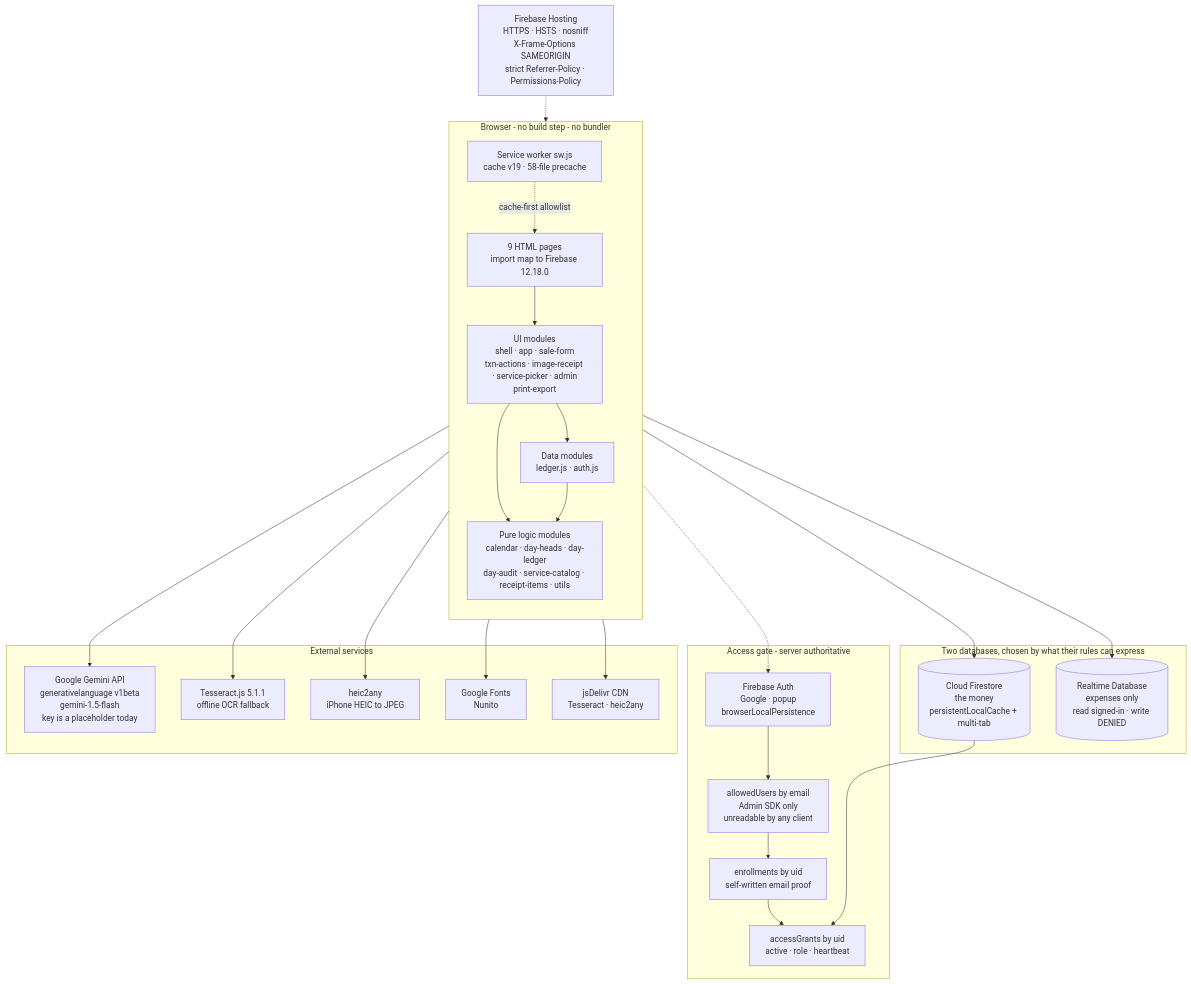
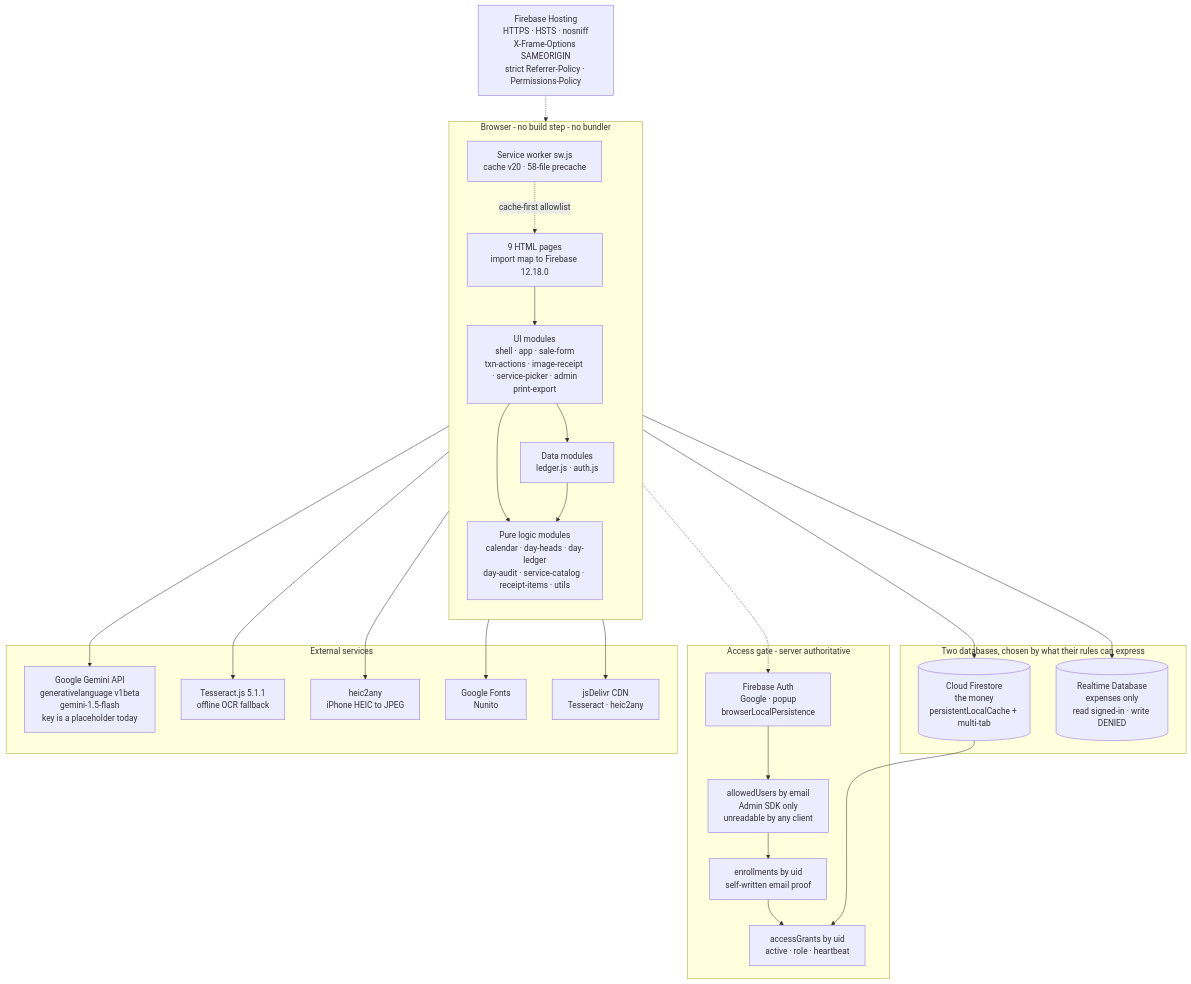
Before and after one commit to arshinmrelju/leadger: the sixth of 7 diagrams in README.md, drawn with Mermaid. The commit also changed other lines of this file and 15 other files, not shown here.

````diff
--- a/README.md
+++ b/README.md
@@ -842,50 +842,50 @@
 ```mermaid
 flowchart TD
     subgraph CLIENT["Browser - no build step - no bundler"]
         direction TB
         HTML["9 HTML pages<br/>import map to Firebase 12.18.0"]
         PURE["Pure logic modules<br/>calendar · day-heads · day-ledger<br/>day-audit · service-catalog · receipt-items · utils"]
         UI["UI modules<br/>shell · app · sale-form<br/>txn-actions · image-receipt · service-picker · admin<br/>print-export"]
         IO["Data modules<br/>ledger.js · auth.js"]
-        SW["Service worker sw.js<br/>cache v19 · 58-file precache"]
+        SW["Service worker sw.js<br/>cache v20 · 58-file precache"]
         HTML --> UI
         UI --> IO
         UI --> PURE
         IO --> PURE
         SW -.->|cache-first allowlist| HTML
     end
 
     subgraph GATE["Access gate - server authoritative"]
         A1["Firebase Auth<br/>Google · popup<br/>browserLocalPersistence"]
         A2["allowedUsers by email<br/>Admin SDK only<br/>unreadable by any client"]
         A3["enrollments by uid<br/>self-written email proof"]
         A4["accessGrants by uid<br/>active · role · heartbeat"]
     end
 
     subgraph DATA["Two databases, chosen by what their rules can express"]
         FS[("Cloud Firestore<br/>the money<br/>persistentLocalCache + multi-tab")]
         RT[("Realtime Database<br/>expenses only<br/>read signed-in · write DENIED")]
     end
 
     subgraph EXT["External services"]
         GEM["Google Gemini API<br/>generativelanguage v1beta<br/>gemini-1.5-flash<br/>key is a placeholder today"]
         TESS["Tesseract.js 5.1.1<br/>offline OCR fallback"]
         HEIC["heic2any<br/>iPhone HEIC to JPEG"]
         FONT["Google Fonts<br/>Nunito"]
         GH["jsDelivr CDN<br/>Tesseract · heic2any"]
     end
 
     HOST["Firebase Hosting<br/>HTTPS · HSTS · nosniff<br/>X-Frame-Options SAMEORIGIN<br/>strict Referrer-Policy · Permissions-Policy"]
 
     HTML -.-> A1
     A1 --> A2 --> A3 --> A4
     IO --> FS
     IO --> RT
     UI --> GEM
     UI --> TESS
     UI --> HEIC
     HTML --> FONT
     SW --> GH
     HOST -.-> HTML
     FS --> A4
 ```
````
